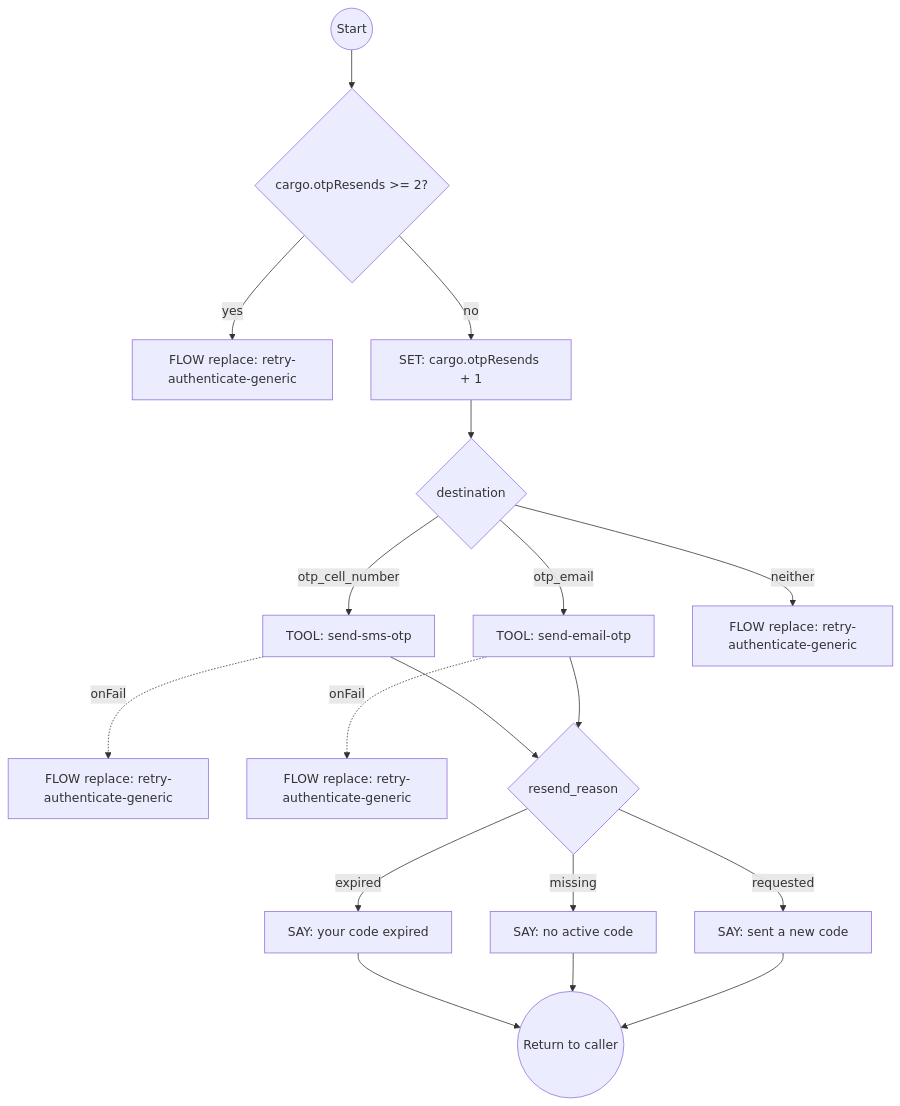
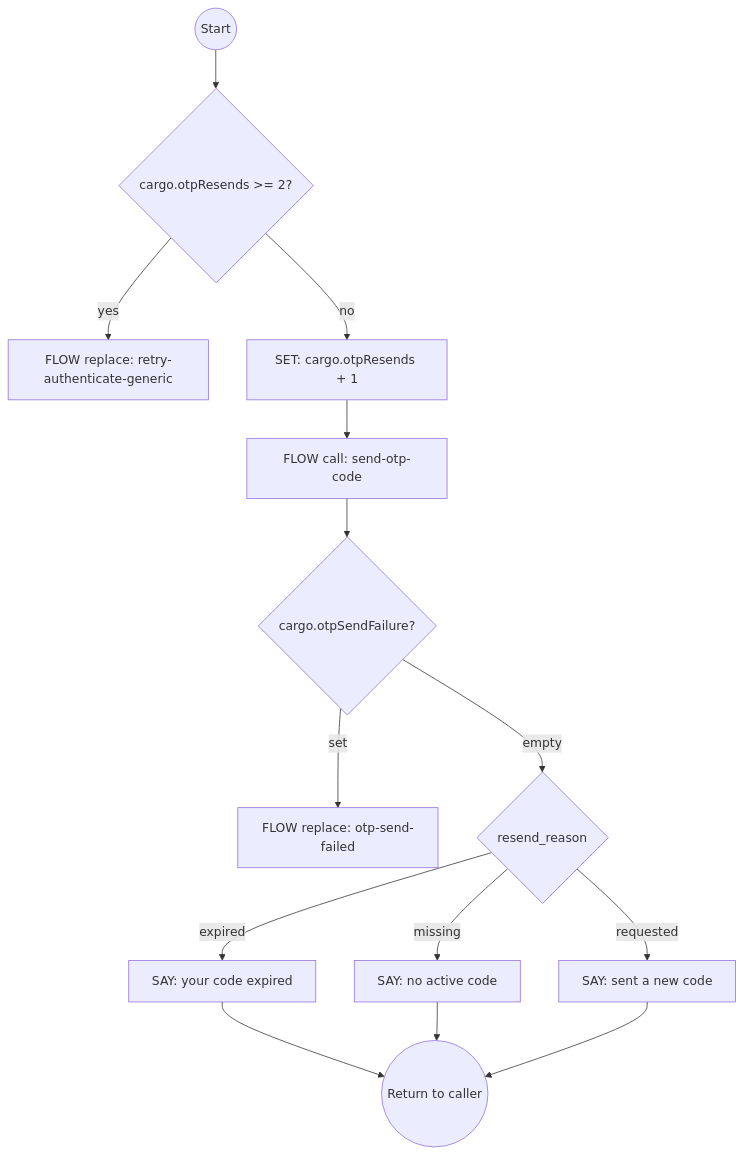
Before and after one commit to ronpinkas/jsfe: the ninth of 17 diagrams in docs/system-flows.md, drawn with Mermaid. The commit also changed other lines of this file, not shown here.

Commit message:
docs: system flows page for send-otp-code, otp-send-failed, text-destination, send-text

````diff
--- a/docs/system-flows.md
+++ b/docs/system-flows.md
@@ -478,20 +474,16 @@
 ```mermaid
 graph TD
     start((Start)) --> check_resend_cap{cargo.otpResends >= 2?}
     check_resend_cap -->|yes| resend_cap_reached[FLOW replace: retry-authenticate-generic]
     check_resend_cap -->|no| count_resend[SET: cargo.otpResends + 1]
-    count_resend --> send_fresh_code{destination}
-    send_fresh_code -->|otp_cell_number| resend_sms_otp[TOOL: send-sms-otp]
-    send_fresh_code -->|otp_email| resend_email_otp[TOOL: send-email-otp]
-    send_fresh_code -->|neither| resend_no_destination[FLOW replace: retry-authenticate-generic]
-    resend_sms_otp -.->|onFail| resend_sms_failed[FLOW replace: retry-authenticate-generic]
-    resend_email_otp -.->|onFail| resend_email_failed[FLOW replace: retry-authenticate-generic]
-    resend_sms_otp --> say_why{resend_reason}
-    resend_email_otp --> say_why
+    count_resend --> send_fresh_code[FLOW call: send-otp-code]
+    send_fresh_code --> resend_check_sent{cargo.otpSendFailure?}
+    resend_check_sent -->|set| resend_send_failed[FLOW replace: otp-send-failed]
+    resend_check_sent -->|empty| say_why{resend_reason}
     say_why -->|expired| say_code_expired[SAY: your code expired]
     say_why -->|missing| say_no_active_code[SAY: no active code]
     say_why -->|requested| say_new_code_sent[SAY: sent a new code]
     say_code_expired --> stop((Return to caller))
     say_no_active_code --> stop
     say_new_code_sent --> stop
 ```
````
